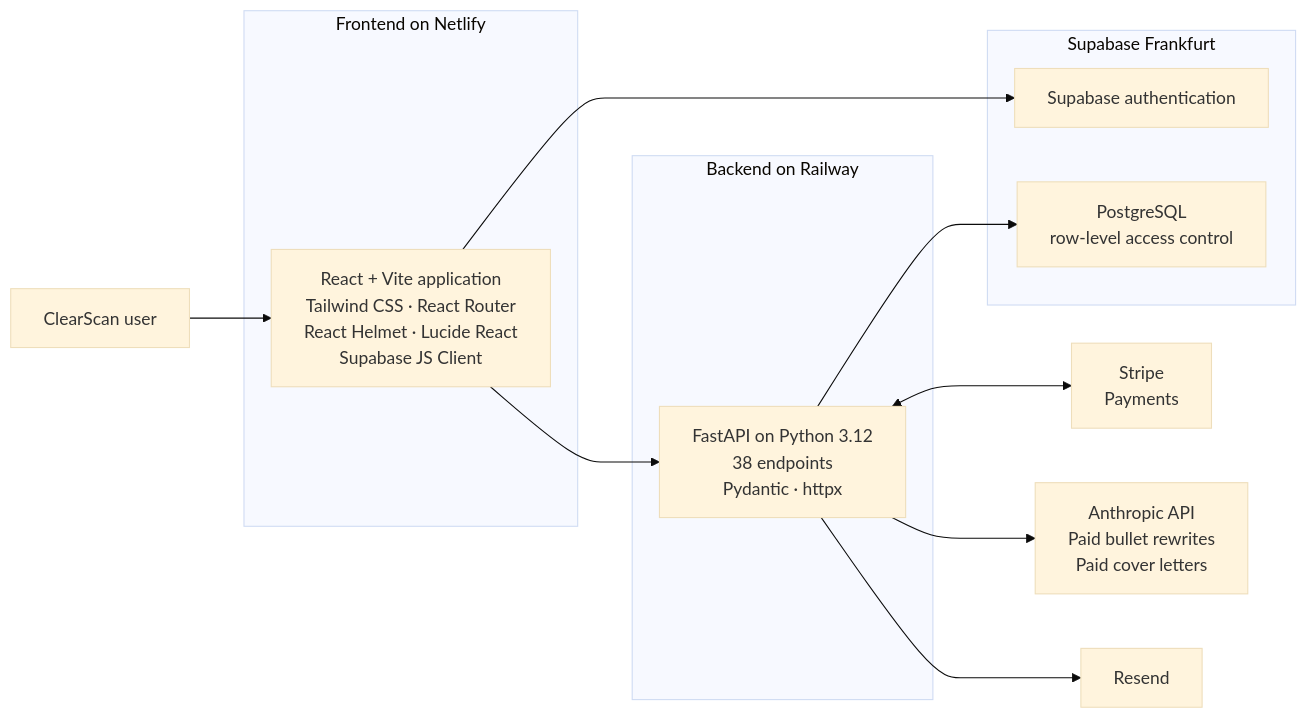
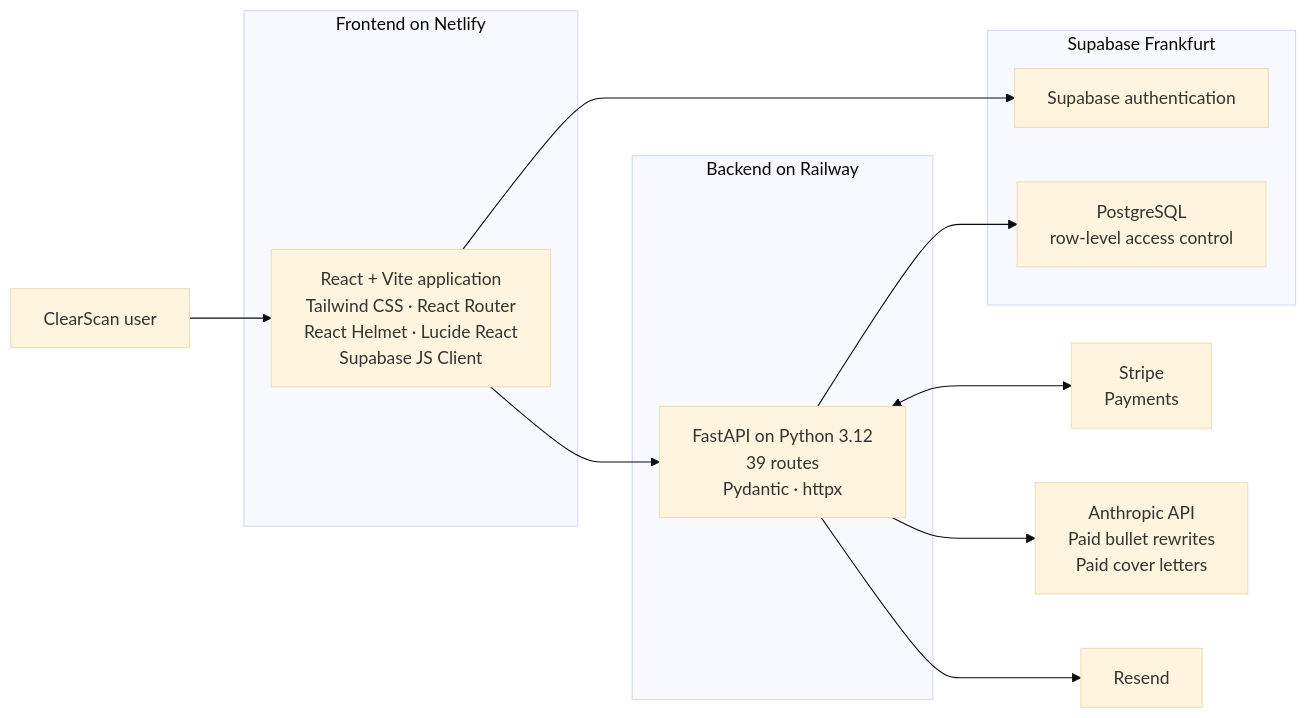
Before and after one commit to swagatskalita092/clearscan-engineering: the diagram in docs/architecture.md, drawn with Mermaid (base theme). The commit also changed 7 other files, not shown here.

````diff
--- a/docs/architecture.md
+++ b/docs/architecture.md
@@ -5,29 +5,29 @@
 ```mermaid
 flowchart LR
     User[ClearScan user]
 
     subgraph Frontend["Frontend on Netlify"]
         Web["React + Vite application<br/>Tailwind CSS · React Router<br/>React Helmet · Lucide React<br/>Supabase JS Client"]
     end
 
     subgraph Backend["Backend on Railway"]
-        API["FastAPI on Python 3.12<br/>38 endpoints<br/>Pydantic · httpx"]
+        API["FastAPI on Python 3.12<br/>39 routes<br/>Pydantic · httpx"]
     end
 
     subgraph Data["Supabase Frankfurt"]
         Auth["Supabase authentication"]
         DB["PostgreSQL<br/>row-level access control"]
     end
 
     Stripe["Stripe<br/>Payments"]
     Anthropic["Anthropic API<br/>Paid bullet rewrites<br/>Paid cover letters"]
     Resend["Resend"]
 
     User --> Web
     Web --> API
     Web --> Auth
     API --> DB
     API <--> Stripe
     API --> Anthropic
     API --> Resend
 ```
````
